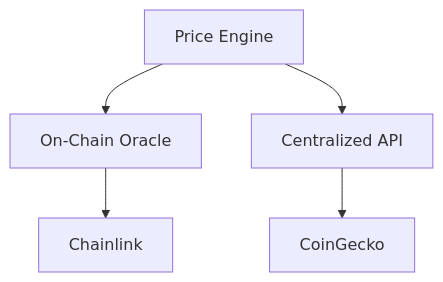
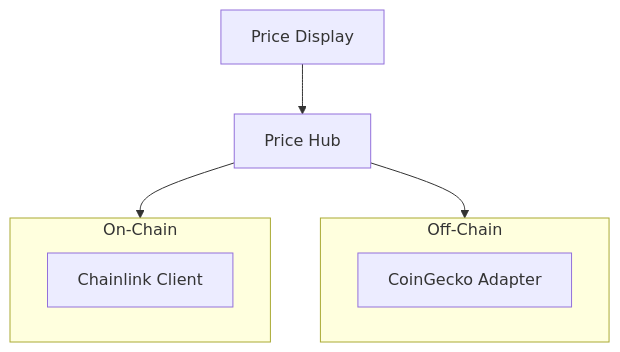
The diagram in dart_web3/packages/price/README.md (ImL1s/dart_web3), drawn with Mermaid before and after one commit. The commit also changed other lines of this file and 31 other files, not shown here.

````diff
--- a/dart_web3/packages/price/README.md
+++ b/dart_web3/packages/price/README.md
@@ -14,7 +17,15 @@
 ```mermaid
 graph TD
-    PriceEngine[Price Engine] --> Oracle[On-Chain Oracle]
-    PriceEngine --> API[Centralized API]
-    API --> CoinGecko[CoinGecko]
-    Oracle --> Chainlink[Chainlink]
+    App[Price Display] --> Hub[Price Hub]
+    
+    subgraph Oracles [On-Chain]
+        Chainlink[Chainlink Client]
+    end
+    
+    subgraph APIs [Off-Chain]
+        Gecko[CoinGecko Adapter]
+    end
+    
+    Hub --> Oracles
+    Hub --> APIs
 ```
````
